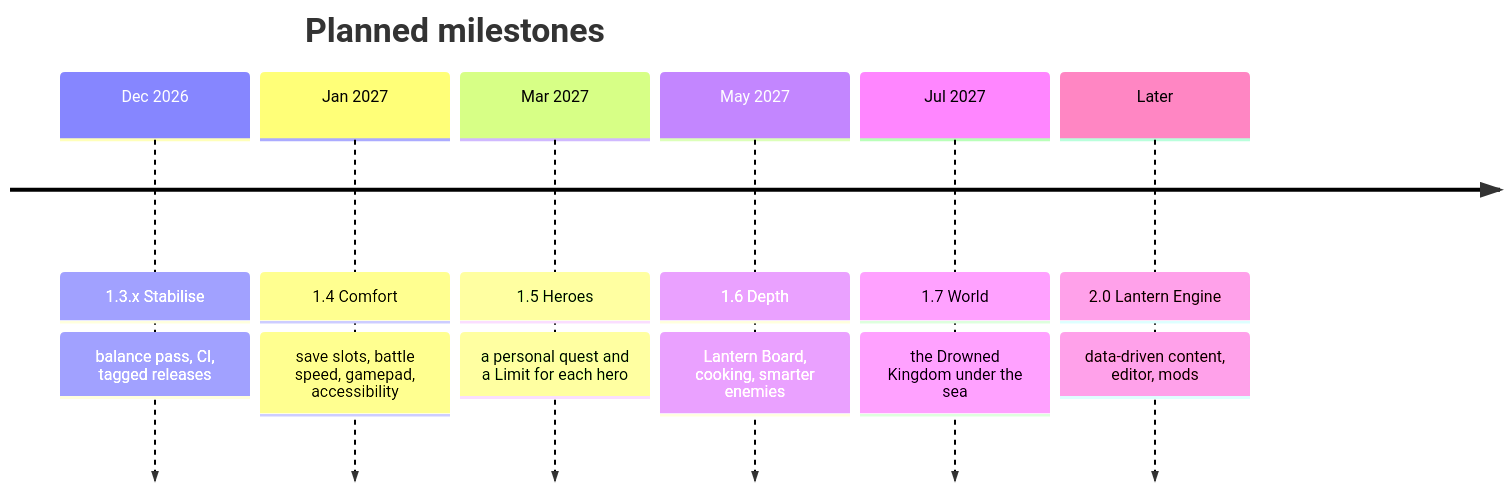
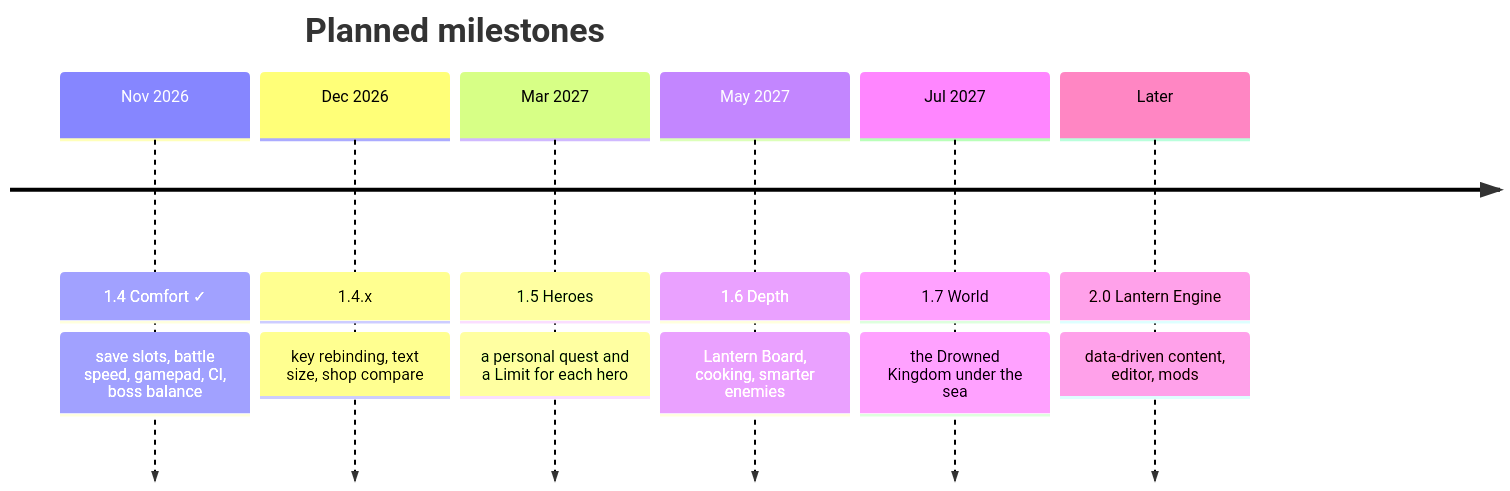
One commit to CptNope/Laternfall changed the fifth of 5 diagrams in README.md. Above: the diagram before and after it, drawn with Mermaid. The commit also changed other lines of this file and 22 other files, not shown here.

````diff
--- a/README.md
+++ b/README.md
@@ -329,10 +337,10 @@
 ```mermaid
 timeline
     title Planned milestones
-    Dec 2026 : 1.3.x Stabilise : balance pass, CI, tagged releases
-    Jan 2027 : 1.4 Comfort : save slots, battle speed, gamepad, accessibility
+    Nov 2026 : 1.4 Comfort ✓ : save slots, battle speed, gamepad, CI, boss balance
+    Dec 2026 : 1.4.x : key rebinding, text size, shop compare
     Mar 2027 : 1.5 Heroes : a personal quest and a Limit for each hero
     May 2027 : 1.6 Depth : Lantern Board, cooking, smarter enemies
     Jul 2027 : 1.7 World : the Drowned Kingdom under the sea
     Later : 2.0 Lantern Engine : data-driven content, editor, mods
 ```
````
